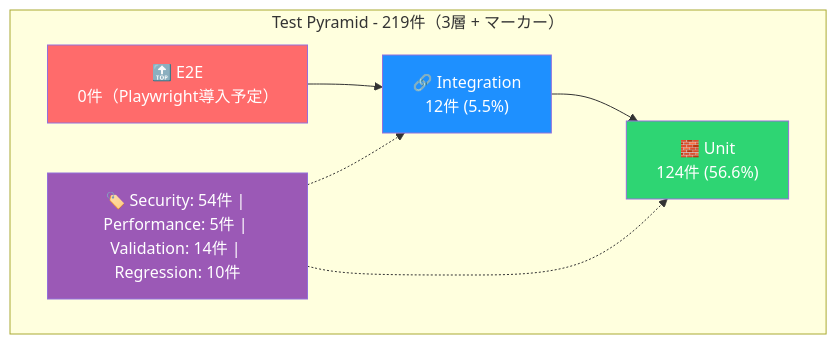
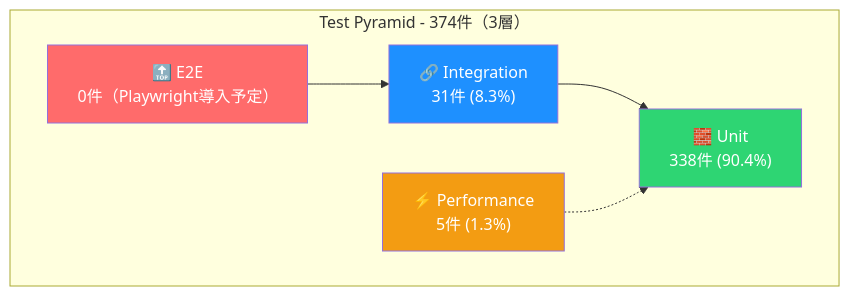
One commit to yaoki-dev/api-test-devops-portfolio changed the second of 2 diagrams in README.md. Above: the diagram before and after it, drawn with Mermaid. The commit also changed other lines of this file and 4 other files, not shown here.

````diff
--- a/README.md
+++ b/README.md
@@ -271,19 +268,18 @@
 ```mermaid
 graph TB
-    subgraph "Test Pyramid - 219件（3層 + マーカー）"
+    subgraph "Test Pyramid - 374件（3層）"
         E2E["🔝 E2E<br/>0件（Playwright導入予定）"]
-        Integration["🔗 Integration<br/>12件 (5.5%)"]
-        Unit["🧱 Unit<br/>124件 (56.6%)"]
-        Markers["🏷️ Security: 54件 | Performance: 5件 | Validation: 14件 | Regression: 10件"]
+        Integration["🔗 Integration<br/>31件 (8.3%)"]
+        Unit["🧱 Unit<br/>338件 (90.4%)"]
+        Performance["⚡ Performance<br/>5件 (1.3%)"]
     end
 
     E2E --> Integration
     Integration --> Unit
-    Markers -.-> Unit
-    Markers -.-> Integration
+    Performance -.-> Unit
 
     style E2E fill:#ff6b6b,color:#fff
     style Integration fill:#1e90ff,color:#fff
     style Unit fill:#2ed573,color:#fff
-    style Markers fill:#9b59b6,color:#fff
+    style Performance fill:#f39c12,color:#fff
 ```
````
